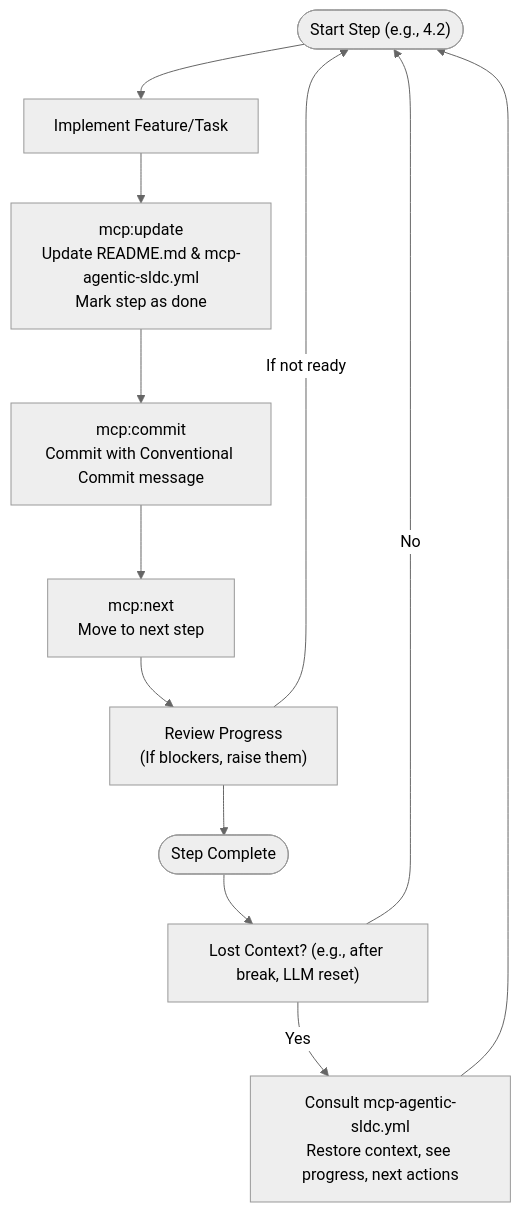
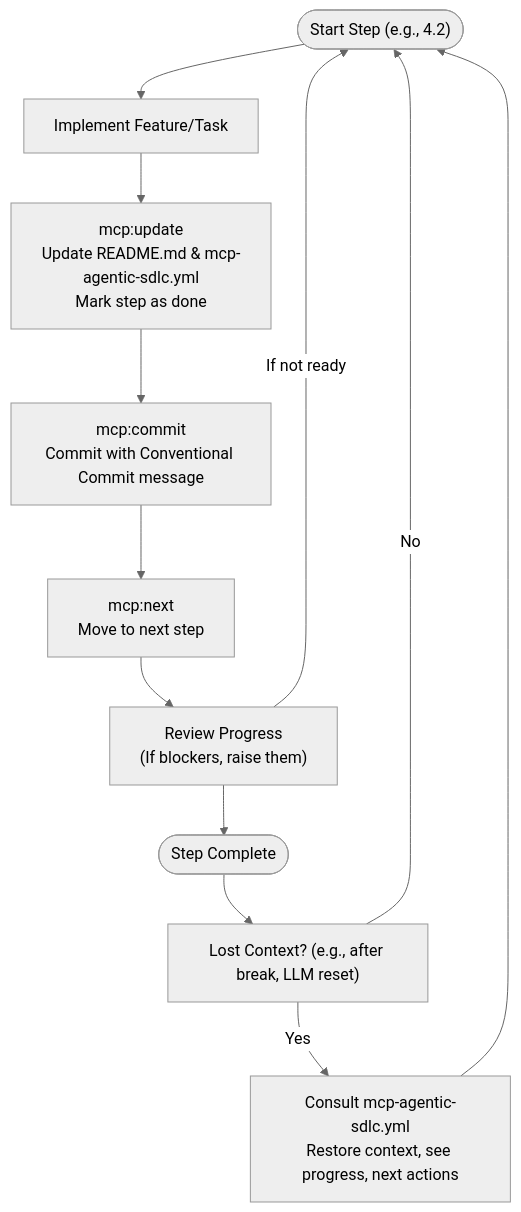
The second of 2 diagrams in awp/AWP_README.md (michaelwybraniec/mcp-agentic-sdlc), drawn with Mermaid (neutral theme) before and after one commit. The commit also changed other lines of this file and 3 other files, not shown here.

````diff
--- a/awp/AWP_README.md
+++ b/awp/AWP_README.md
@@ -70,18 +70,18 @@
 ```mermaid
 flowchart TD
     Start(["Start Step (e.g., 4.2)"])
     Code["Implement Feature/Task"]
-    Update["mcp:update\nUpdate README.md & mcp-agentic-sldc.yml\nMark step as done"]
+    Update["mcp:update\nUpdate README.md & mcp-agentic-sdlc.yml\nMark step as done"]
     Commit["mcp:commit\nCommit with Conventional Commit message"]
     Next["mcp:next\nMove to next step"]
     Review["Review Progress\n(If blockers, raise them)"]
     Done(["Step Complete"])
     MemoryLoss["Lost Context? (e.g., after break, LLM reset)"]
-    Recall["Consult mcp-agentic-sldc.yml\nRestore context, see progress, next actions"]
+    Recall["Consult mcp-agentic-sdlc.yml\nRestore context, see progress, next actions"]
 
     Start --> Code --> Update --> Commit --> Next --> Review --> Done
     Review -- "If not ready" --> Start
     Done --> MemoryLoss
     MemoryLoss -- "Yes" --> Recall --> Start
     MemoryLoss -- "No" --> Start
 ```
````
